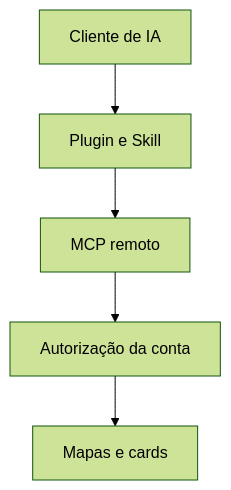
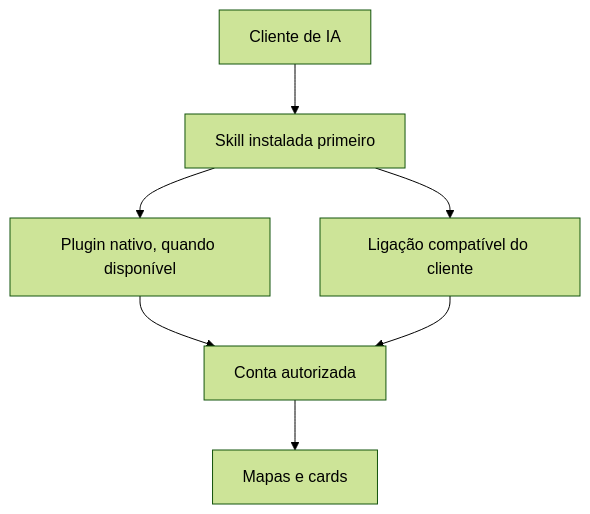
The diagram in docs/ARCHITECTURE.md (Ricoandrade1/forge-mind-agent), drawn with Mermaid (forest theme) before and after one commit. The commit also changed other lines of this file and 5 other files, not shown here.

````diff
--- a/docs/ARCHITECTURE.md
+++ b/docs/ARCHITECTURE.md
@@ -9,7 +9,9 @@
 ```mermaid
 flowchart TB
-  A["Cliente de IA"] --> B["Plugin e Skill"]
-  B --> C["MCP remoto"]
-  C --> D["Autorização da conta"]
-  D --> E["Mapas e cards"]
+  A["Cliente de IA"] --> B["Skill instalada primeiro"]
+  B --> C["Plugin nativo, quando disponível"]
+  B --> D["Ligação compatível do cliente"]
+  C --> E["Conta autorizada"]
+  D --> E
+  E --> F["Mapas e cards"]
 ```
````
